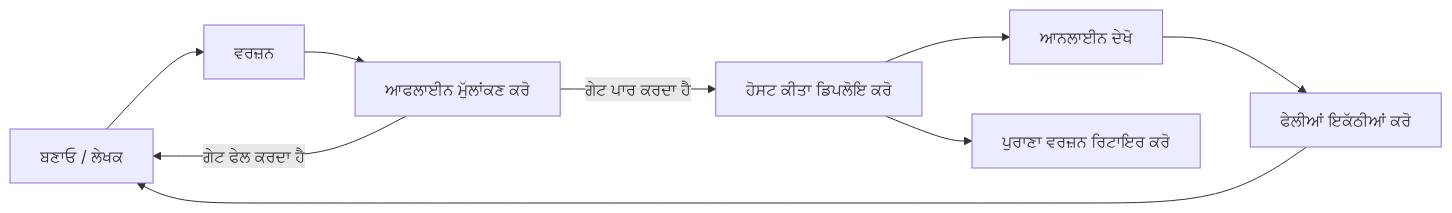
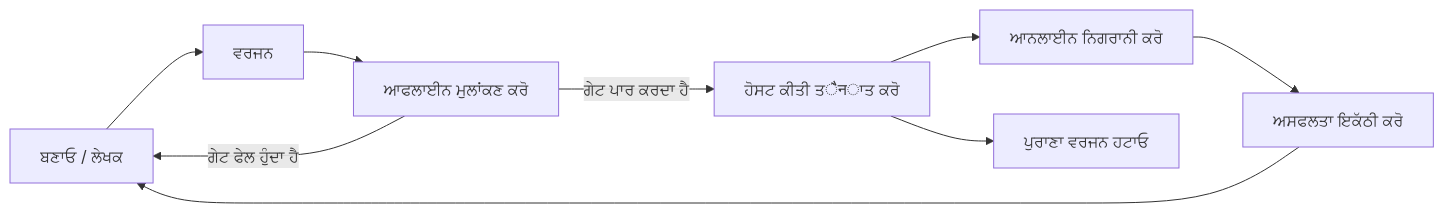
Before and after one commit to microsoft/ai-agents-for-beginners: the second of 4 diagrams in translations/pa/16-deploying-scalable-agents/README.md, drawn with Mermaid. The commit also changed other lines of this file and 46 other files, not shown here.

````diff
--- a/translations/pa/16-deploying-scalable-agents/README.md
+++ b/translations/pa/16-deploying-scalable-agents/README.md
@@ -108,11 +108,11 @@
 ```mermaid
 flowchart LR
-    Create[ਬਣਾਓ / ਲੇਖਕ] --> Version[ਵਰਜ਼ਨ]
-    Version --> Evaluate[ਆਫਲਾਈਨ ਮੁੱਲਾਂਕਣ ਕਰੋ]
-    Evaluate -->|ਗੇਟ ਪਾਰ ਕਰਦਾ ਹੈ| Deploy[ਹੋਸਟ ਕੀਤਾ ਡਿਪਲੋਇ ਕਰੋ]
-    Evaluate -->|ਗੇਟ ਫੇਲ ਕਰਦਾ ਹੈ| Create
-    Deploy --> Observe[ਆਨਲਾਈਨ ਦੇਖੋ]
-    Observe --> Improve[ਫੇਲੀਆਂ ਇਕੱਠੀਆਂ ਕਰੋ]
+    Create[ਬਣਾਓ / ਲੇਖਕ] --> Version[ਵਰਜਨ]
+    Version --> Evaluate[ਆਫਲਾਈਨ ਮੁਲਾਂਕਣ ਕਰੋ]
+    Evaluate -->|ਗੇਟ ਪਾਰ ਕਰਦਾ ਹੈ| Deploy[ਹੋਸਟ ਕੀਤੀ ਤैनਾਤ ਕਰੋ]
+    Evaluate -->|ਗੇਟ ਫੇਲ ਹੁੰਦਾ ਹੈ| Create
+    Deploy --> Observe[ਆਨਲਾਈਨ ਨਿਗਰਾਨੀ ਕਰੋ]
+    Observe --> Improve[ਅਸਫਲਤਾ ਇਕੱਠੀ ਕਰੋ]
     Improve --> Create
-    Deploy --> Retire[ਪੁਰਾਣਾ ਵਰਜ਼ਨ ਰਿਟਾਇਰ ਕਰੋ]
+    Deploy --> Retire[ਪੁਰਾਣਾ ਵਰਜਨ ਹਟਾਓ]
 ```
````
